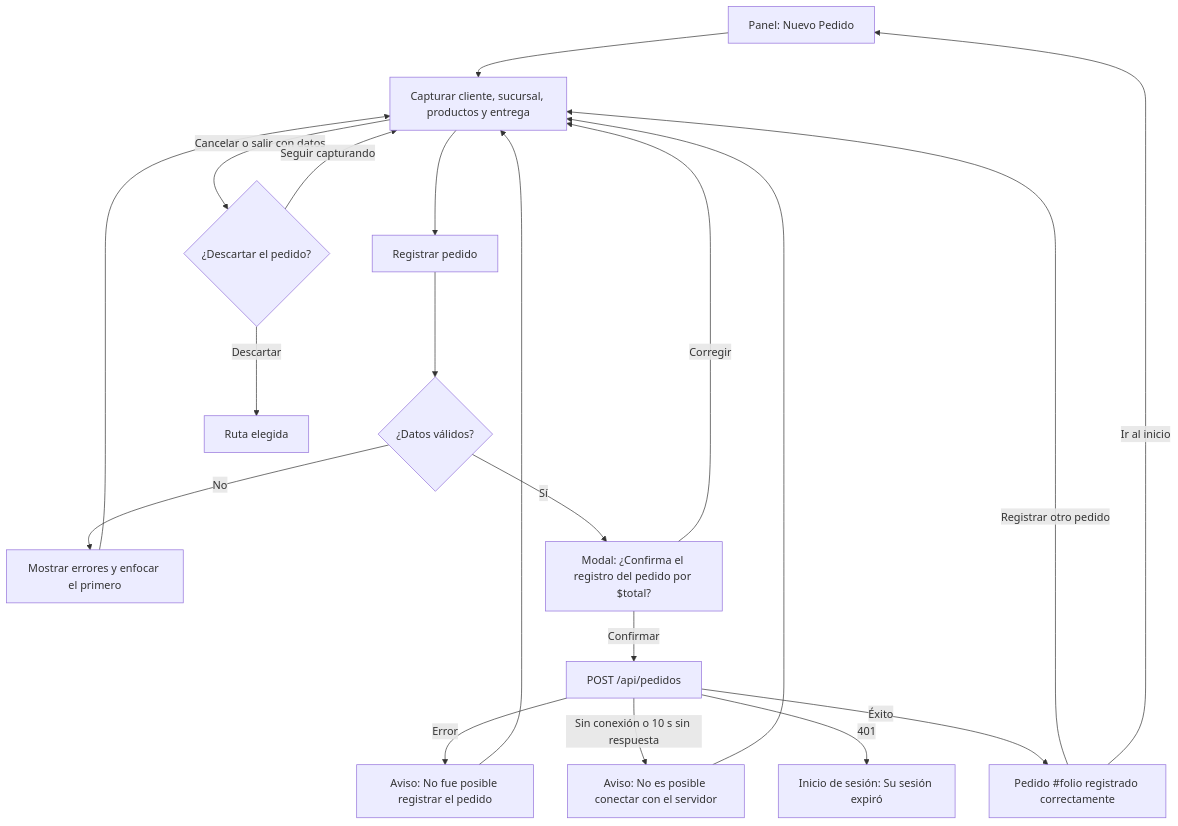
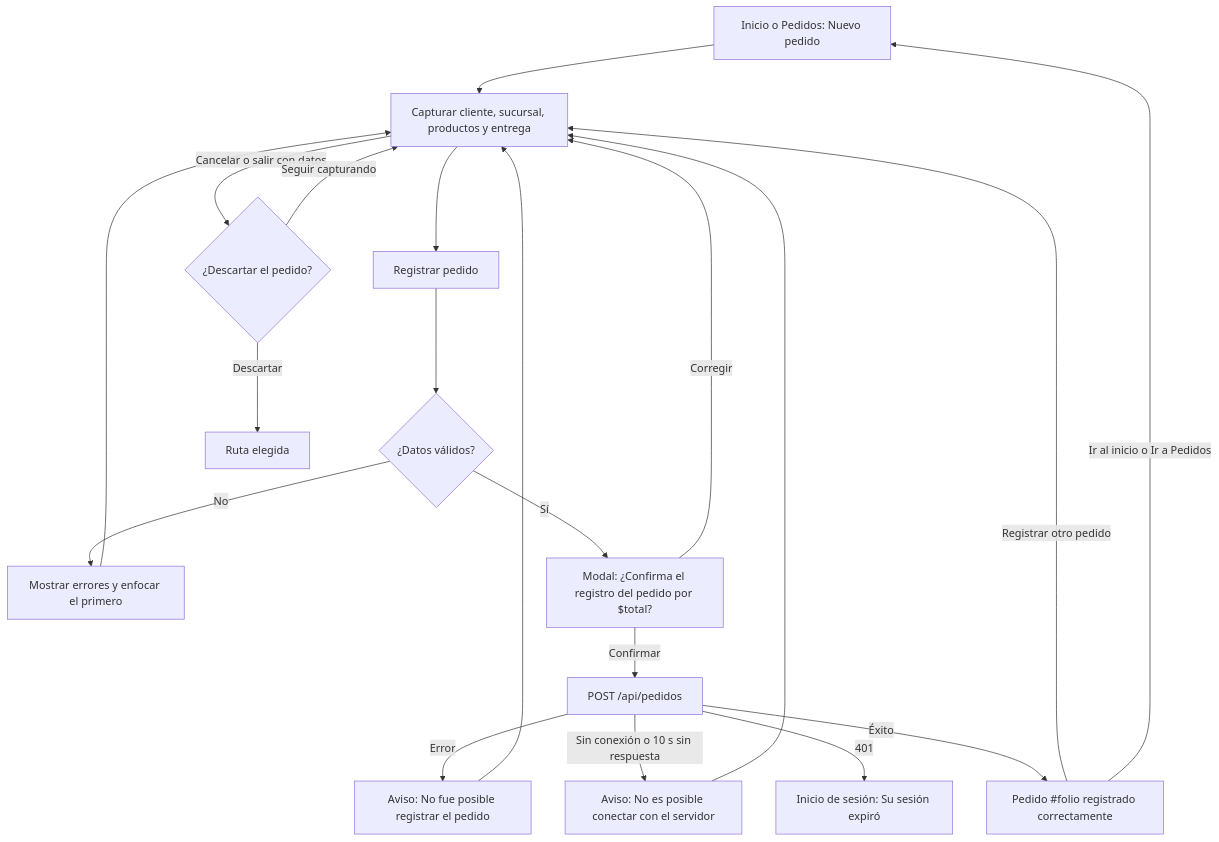
The second of 3 diagrams in FLUJO-APLICACION.md (ROOB1114/GlobalFoods-Web), drawn with Mermaid before and after one commit. The commit also changed other lines of this file and 5 other files, not shown here.

Commit message:
Nuevo pedido regresa a pantalla dependiendo de donde se entro

````diff
--- a/FLUJO-APLICACION.md
+++ b/FLUJO-APLICACION.md
@@ -90,19 +91,19 @@
 ```mermaid
 flowchart TD
-    A[Panel: Nuevo Pedido] --> B[Capturar cliente, sucursal, productos y entrega]
+    A[Inicio o Pedidos: Nuevo pedido] --> B[Capturar cliente, sucursal, productos y entrega]
     B --> C[Registrar pedido]
     C --> D{"¿Datos válidos?"}
     D -- No --> E[Mostrar errores y enfocar el primero] --> B
     D -- Sí --> F["Modal: ¿Confirma el registro del pedido por $total?"]
     F -- Corregir --> B
     F -- Confirmar --> G[POST /api/pedidos]
     G -- Error --> H[Aviso: No fue posible registrar el pedido] --> B
     G -- "Sin conexión o 10 s sin respuesta" --> L[Aviso: No es posible conectar con el servidor] --> B
     G -- 401 --> M[Inicio de sesión: Su sesión expiró]
     G -- Éxito --> I["Pedido #folio registrado correctamente"]
     I -- Registrar otro pedido --> B
-    I -- Ir al inicio --> A
+    I -- "Ir al inicio o Ir a Pedidos" --> A
     B -- Cancelar o salir con datos --> J{"¿Descartar el pedido?"}
     J -- Seguir capturando --> B
     J -- Descartar --> K[Ruta elegida]
 ```
````
